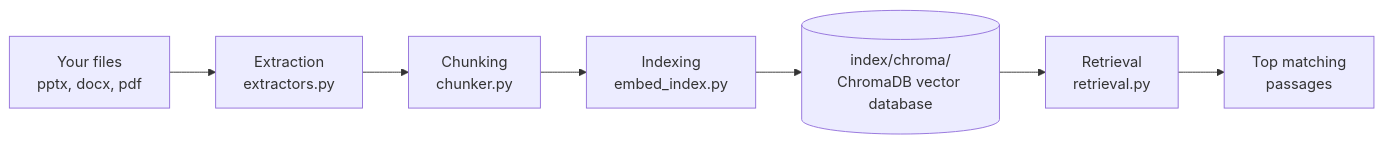
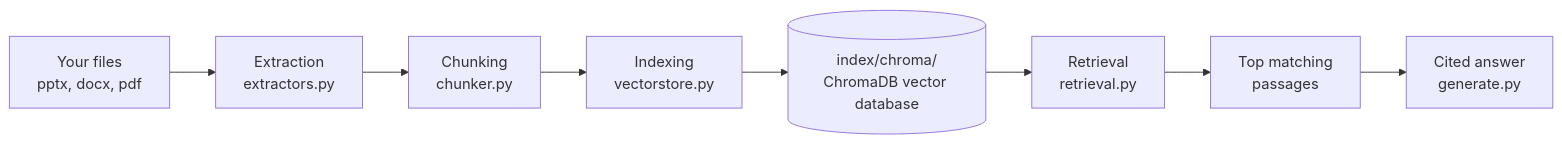
The first of 3 diagrams in README.md (gafur55/Ethics-RAG), drawn with Mermaid before and after one commit. The commit also changed other lines of this file and 13 other files, not shown here.

````diff
--- a/README.md
+++ b/README.md
@@ -12,9 +13,10 @@
 ```mermaid
 flowchart LR
     A[Your files<br/>pptx, docx, pdf] --> B[Extraction<br/>extractors.py]
     B --> C[Chunking<br/>chunker.py]
-    C --> D[Indexing<br/>embed_index.py]
+    C --> D[Indexing<br/>vectorstore.py]
     D --> E[(index/chroma/<br/>ChromaDB vector database)]
     E --> F[Retrieval<br/>retrieval.py]
     F --> G[Top matching<br/>passages]
+    G --> H[Cited answer<br/>generate.py]
 ```
````
